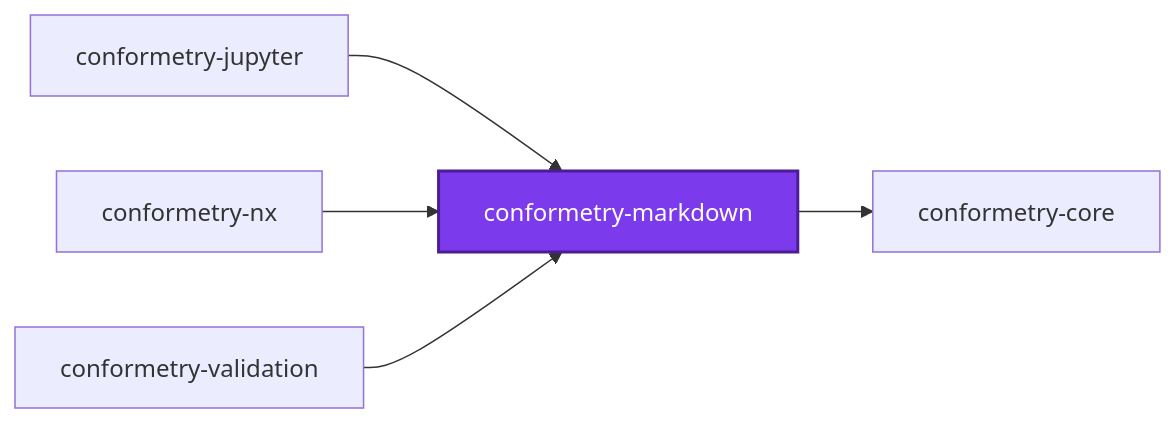
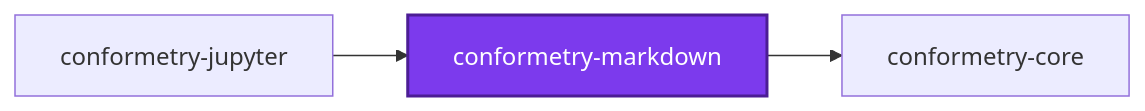
The first of 3 diagrams in packages/conformetry-markdown/README.md (JimmyPaolini/codebase), drawn with Mermaid before and after one commit. The commit also changed 32 other files, not shown here.

````diff
--- a/packages/conformetry-markdown/README.md
+++ b/packages/conformetry-markdown/README.md
@@ -208,14 +208,10 @@
 ```mermaid
 graph LR
   conformetry_core["conformetry-core"]
   conformetry_jupyter["conformetry-jupyter"]
   conformetry_markdown["conformetry-markdown"]
-  conformetry_nx["conformetry-nx"]
-  conformetry_validation["conformetry-validation"]
   conformetry_jupyter --> conformetry_markdown
   conformetry_markdown --> conformetry_core
-  conformetry_nx --> conformetry_markdown
-  conformetry_validation --> conformetry_markdown
   classDef subject fill:#7c3aed,color:#fff,stroke:#4c1d95,stroke-width:2px
   class conformetry_markdown subject
 ```
````
